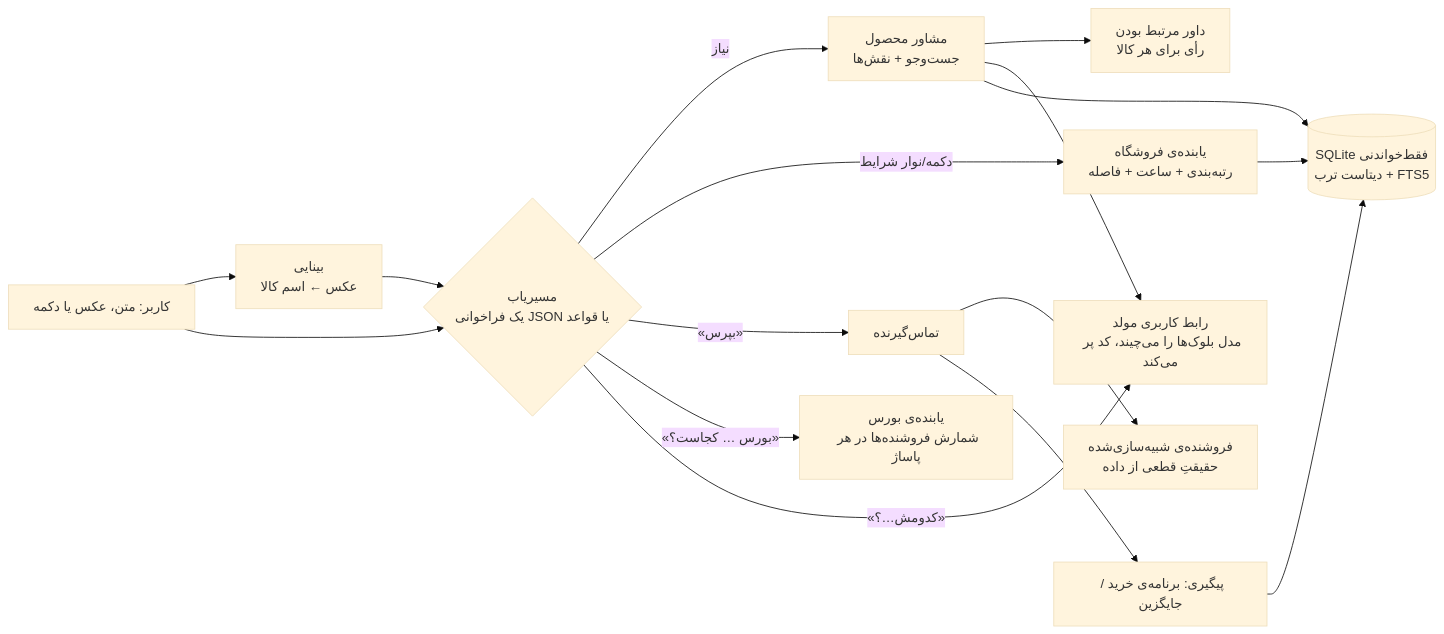
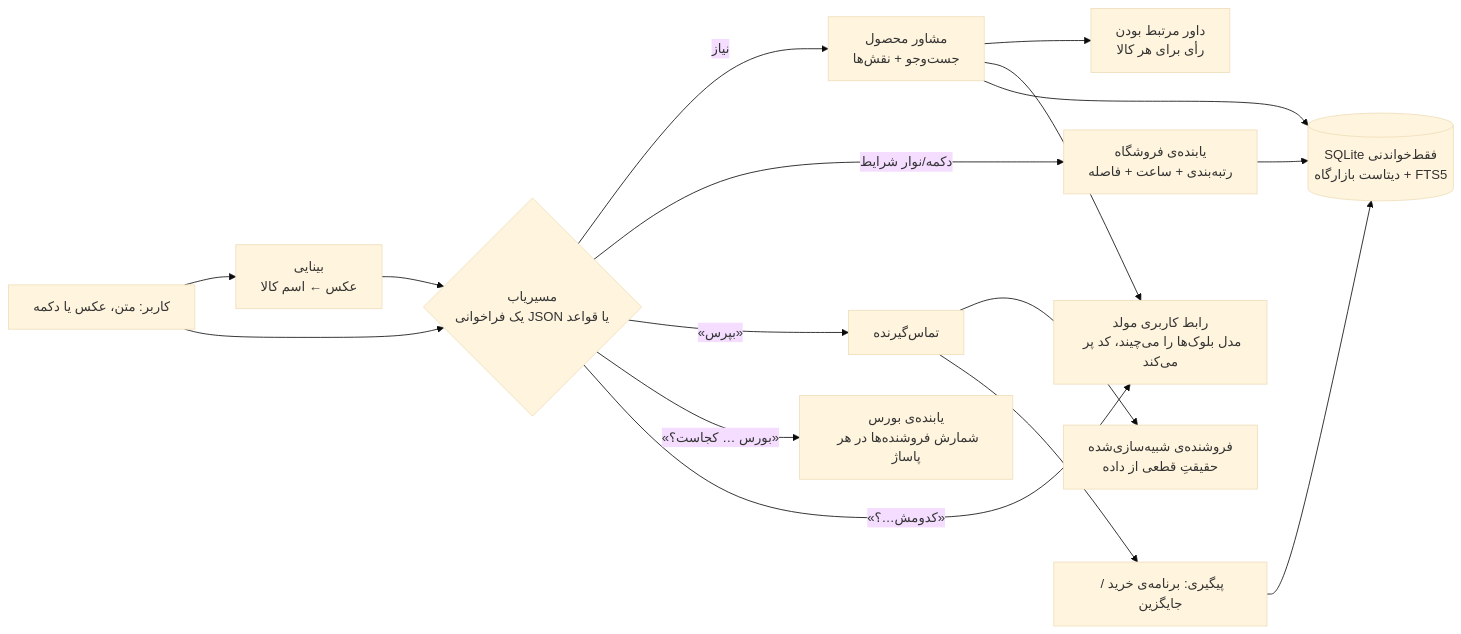
Before and after one commit to MetaParsa/atlas: the diagram in torob/README.md, drawn with Mermaid (base theme). The commit also changed other lines of this file and 6 other files, not shown here.

````diff
--- a/torob/README.md
+++ b/torob/README.md
@@ -33,16 +33,16 @@
 ```mermaid
 flowchart LR
   U[کاربر: متن، عکس یا دکمه] --> V[بینایی<br/>عکس ← اسم کالا]
   U --> R{مسیریاب<br/>یک فراخوانی JSON یا قواعد}
   V --> R
   R -->|نیاز| A[مشاور محصول<br/>جست‌وجو + نقش‌ها]
   A --> J[داور مرتبط بودن<br/>رأی برای هر کالا]
   R -->|دکمه/نوار شرایط| S[یابنده‌ی فروشگاه<br/>رتبه‌بندی + ساعت + فاصله]
   R -->|«بپرس»| C[تماس‌گیرنده]
   R -->|«بورس … کجاست؟»| B[یابنده‌ی بورس<br/>شمارش فروشنده‌ها در هر پاساژ]
   C --> T[فروشنده‌ی شبیه‌سازی‌شده<br/>حقیقتِ قطعی از داده]
   C --> F[پیگیری: برنامه‌ی خرید / جایگزین]
   R -->|«کدومش…؟»| Q[رابط کاربری مولد<br/>مدل بلوک‌ها را می‌چیند، کد پر می‌کند]
   A --> Q
-  A & S & F --> D[(SQLite فقط‌خواندنی<br/>دیتاست ترب + FTS5)]
+  A & S & F --> D[(SQLite فقط‌خواندنی<br/>دیتاست بازارگاه⁤⁤⁤⁤⁤⁤⁤⁤⁤⁤⁤⁤⁤⁤⁤⁤⁣ + FTS5)]
 ```
````
